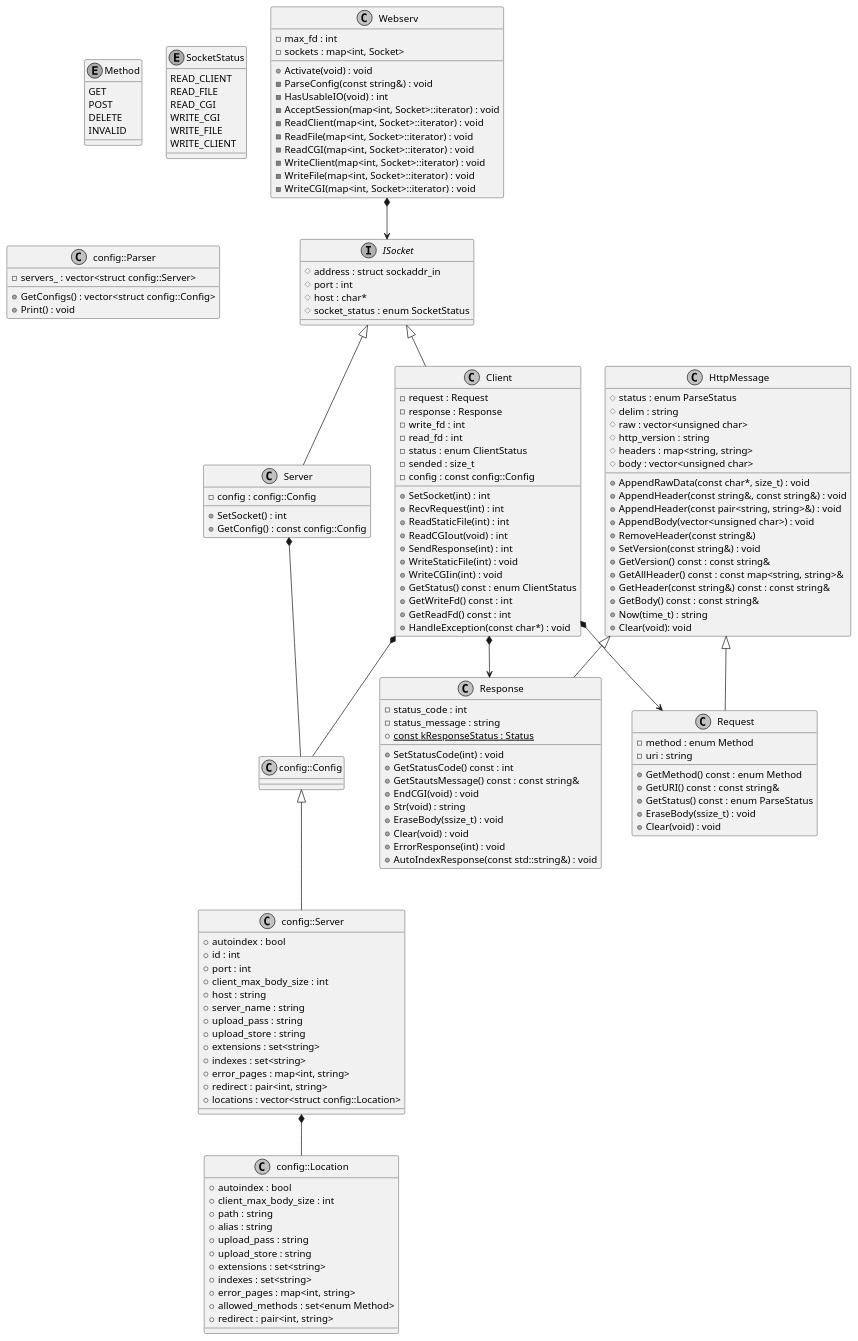
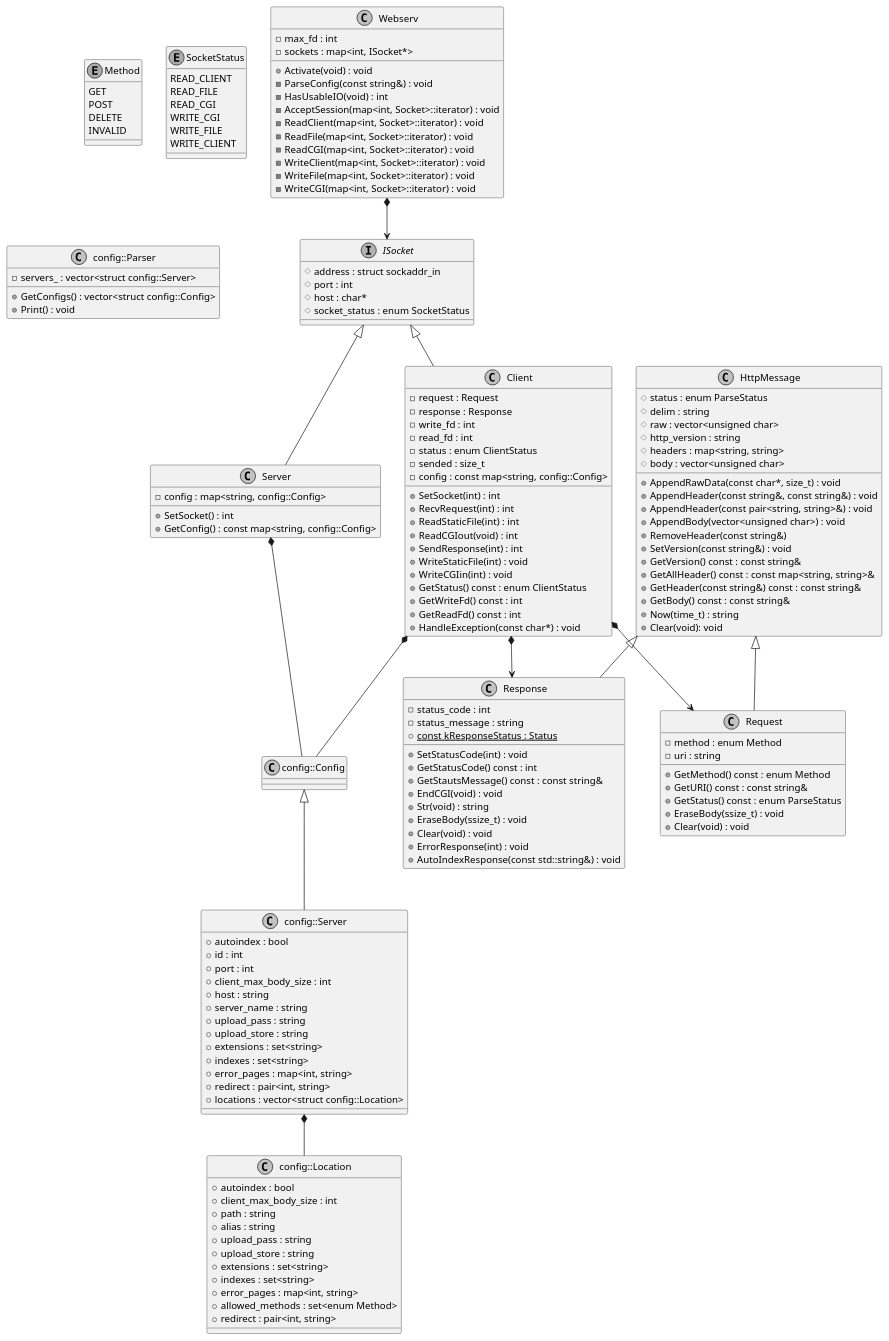
One commit to tkomatsu/webserv changed the diagram in docs/misc/webserv.pu. Above: the diagram before and after it, drawn with PlantUML. The commit also changed 6 other files, not shown here.

```diff
--- a/docs/misc/webserv.pu
+++ b/docs/misc/webserv.pu
@@ -1,167 +1,167 @@
 @startuml webserv
 
 skinparam monochrome true
 skinparam shadowing false
 
 class Webserv {
   - max_fd : int
-  - sockets : map<int, Socket>
+  - sockets : map<int, ISocket*>
   + Activate(void) : void
   - ParseConfig(const string&) : void
   - HasUsableIO(void) : int
   - AcceptSession(map<int, Socket>::iterator) : void
   - ReadClient(map<int, Socket>::iterator) : void
   - ReadFile(map<int, Socket>::iterator) : void
   - ReadCGI(map<int, Socket>::iterator) : void
   - WriteClient(map<int, Socket>::iterator) : void
   - WriteFile(map<int, Socket>::iterator) : void
   - WriteCGI(map<int, Socket>::iterator) : void
 }
 
 interface ISocket {
   # address : struct sockaddr_in
   # port : int
   # host : char*
   # socket_status : enum SocketStatus
 }
 
 class Server {
-  - config : config::Config
+  - config : map<string, config::Config>
   + SetSocket() : int
-  + GetConfig() : const config::Config
+  + GetConfig() : const map<string, config::Config>
 }
 
 class Client {
   - request : Request
   - response : Response
   - write_fd : int
   - read_fd : int
   - status : enum ClientStatus
   - sended : size_t
-  - config : const config::Config
+  - config : const map<string, config::Config>
   + SetSocket(int) : int
   + RecvRequest(int) : int
   + ReadStaticFile(int) : int
   + ReadCGIout(void) : int
   + SendResponse(int) : int
   + WriteStaticFile(int) : void
   + WriteCGIin(int) : void
   + GetStatus() const : enum ClientStatus
   + GetWriteFd() const : int
   + GetReadFd() const : int
   + HandleException(const char*) : void
 }
 
 class HttpMessage {
   # status : enum ParseStatus
   # delim : string
   # raw : vector<unsigned char>
   # http_version : string
   # headers : map<string, string>
   # body : vector<unsigned char>
   + AppendRawData(const char*, size_t) : void
   + AppendHeader(const string&, const string&) : void
   + AppendHeader(const pair<string, string>&) : void
   + AppendBody(vector<unsigned char>) : void
   + RemoveHeader(const string&)
   + SetVersion(const string&) : void
   + GetVersion() const : const string&
   + GetAllHeader() const : const map<string, string>&
   + GetHeader(const string&) const : const string&
   + GetBody() const : const string&
   + Now(time_t) : string
   + Clear(void): void
 }
 
 class Request {
   - method : enum Method
   - uri : string
   + GetMethod() const : enum Method
   + GetURI() const : const string&
   + GetStatus() const : enum ParseStatus
   + EraseBody(ssize_t) : void
   + Clear(void) : void
 }
 
 class Response {
   - status_code : int
   - status_message : string
   + {static} const kResponseStatus : Status
   + SetStatusCode(int) : void
   + GetStatusCode() const : int
   + GetStautsMessage() const : const string&
   + EndCGI(void) : void
   + Str(void) : string
   + EraseBody(ssize_t) : void
   + Clear(void) : void
   + ErrorResponse(int) : void
   + AutoIndexResponse(const std::string&) : void
 }
 
 enum Method {
   GET
   POST
   DELETE
   INVALID
 }
 
 enum SocketStatus {
   READ_CLIENT
   READ_FILE
   READ_CGI
   WRITE_CGI
   WRITE_FILE
   WRITE_CLIENT
 }
 
 class config::Parser {
   + GetConfigs() : vector<struct config::Config>
   + Print() : void
   - servers_ : vector<struct config::Server>
 }
 
 class config::Config {}
 
 class config::Server {
   + autoindex : bool
   + id : int
   + port : int
   + client_max_body_size : int
   + host : string
   + server_name : string
   + upload_pass : string
   + upload_store : string
   + extensions : set<string>
   + indexes : set<string>
   + error_pages : map<int, string>
   + redirect : pair<int, string>
   + locations : vector<struct config::Location>
 }
 
 class config::Location {
   + autoindex : bool
   + client_max_body_size : int
   + path : string
   + alias : string
   + upload_pass : string
   + upload_store : string
   + extensions : set<string>
   + indexes : set<string>
   + error_pages : map<int, string>
   + allowed_methods : set<enum Method>
   + redirect : pair<int, string>
 }
 
 Webserv *--> ISocket
 ISocket <|-- Client
 ISocket <|-- Server
 Client *--> Request
 Client *--> Response
 HttpMessage <|-- Request
 HttpMessage <|-- Response
 config::Server *-- config::Location
 config::Config <|-- config::Server
 Server *-- config::Config
 Client *-- config::Config
 
 @enduml
```
